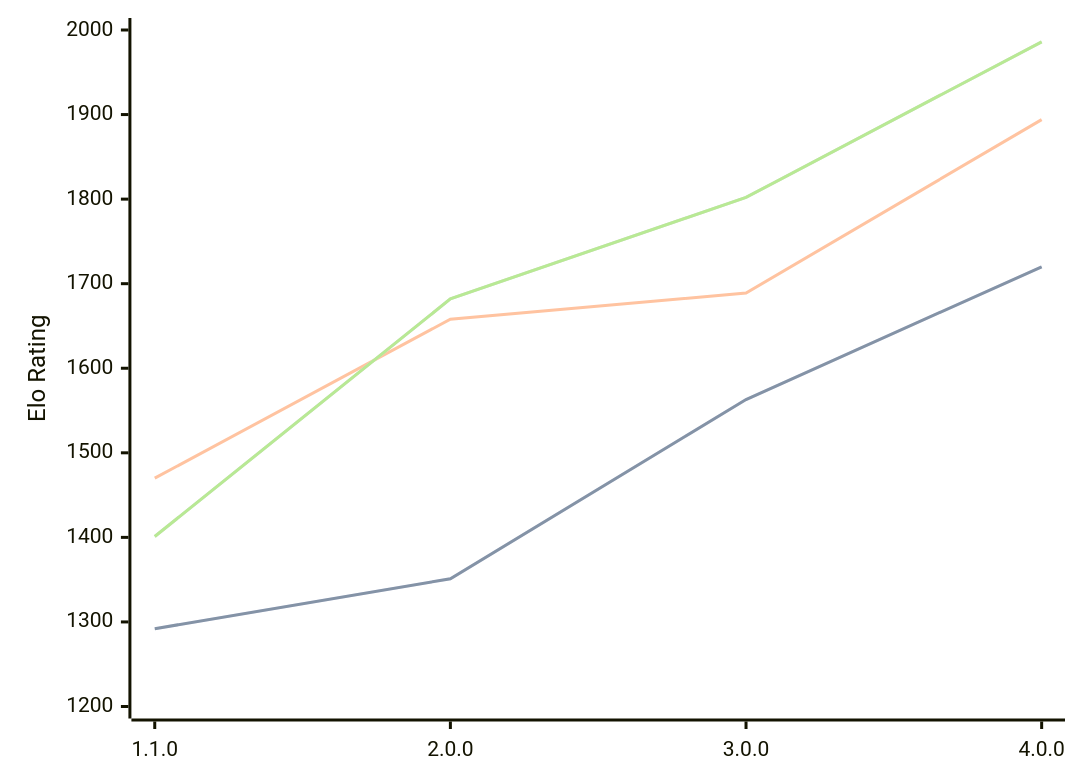
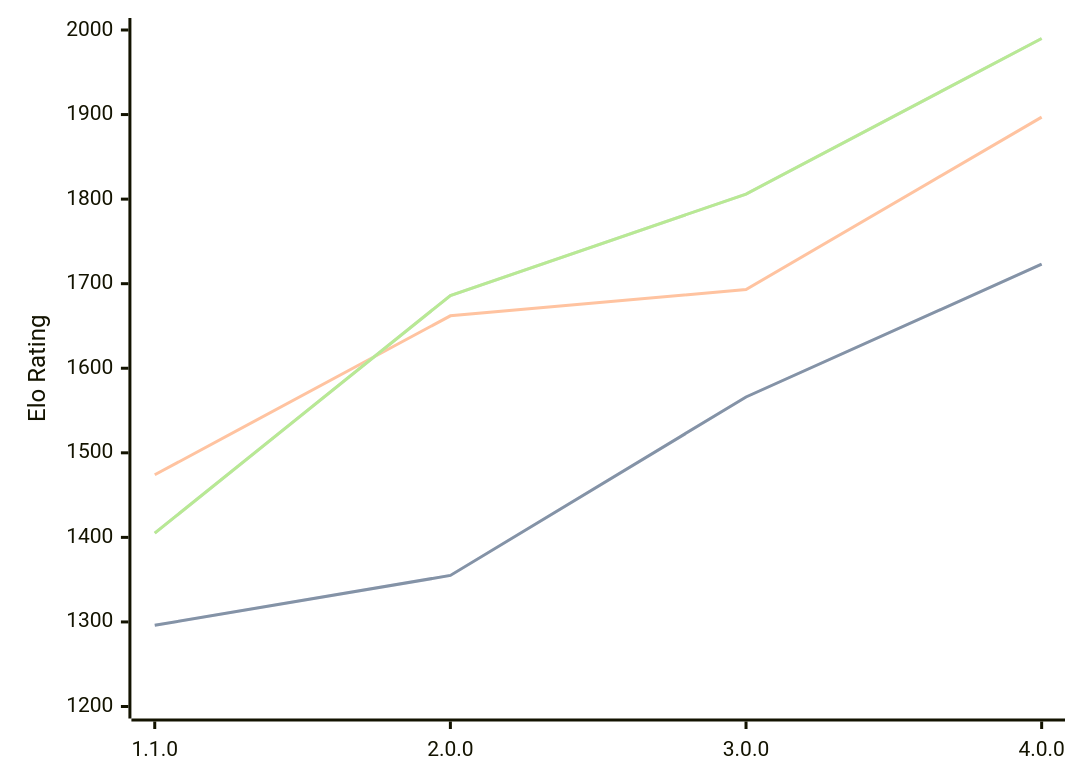
Before and after one commit to computer-chess-index/cci: the diagram in engines/Laura.md, drawn with Mermaid. The commit also changed other lines of this file, not shown here.

Commit message:
Update CCI Ratings (ELO VLTC) - 2026-08-18

````diff
--- a/engines/Laura.md
+++ b/engines/Laura.md
@@ -34,11 +34,11 @@
 ```mermaid
 %%{init: {"theme":"base","themeVariables":{"seriesColors:['#a3a3a3','#222221','#faa371']}}}%%
 xychart-beta
   x-axis ["1.1.0", "2.0.0", "3.0.0", "4.0.0"]
   y-axis "Elo Rating" 1200 --> 2000
-  line "STC (8.0+0.08s)" [1292, 1351, 1563, 1720]
-  line "STC (8.0+0.08s)" [1292, 1351, 1563, 1720]
-  line "LTC (60.0+0.60s)" [1470, 1658, 1689, 1894]
-  line "VLTC (2m24s+1.12s)" [1401, 1682, 1802, 1986]
-  line "VLTC (2m24s+1.12s)" [1401, 1682, 1802, 1986]
+  line "STC (8.0+0.08s)" [1296, 1355, 1566, 1723]
+  line "STC (8.0+0.08s)" [1296, 1355, 1566, 1723]
+  line "LTC (60.0+0.60s)" [1474, 1662, 1693, 1897]
+  line "VLTC (2m24s+1.12s)" [1405, 1686, 1806, 1990]
+  line "VLTC (2m24s+1.12s)" [1405, 1686, 1806, 1990]
 ```
````
